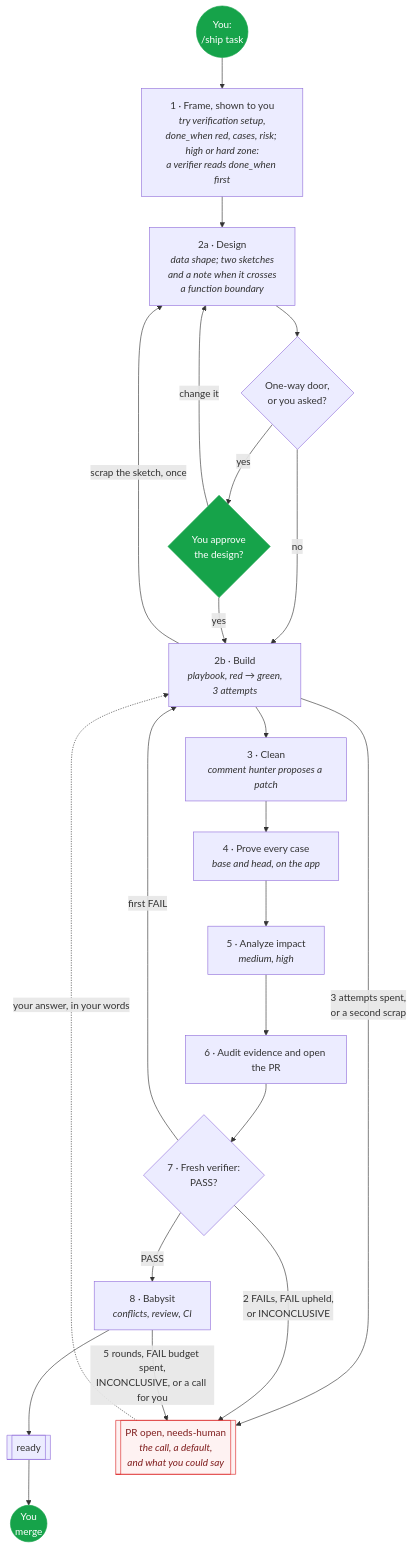
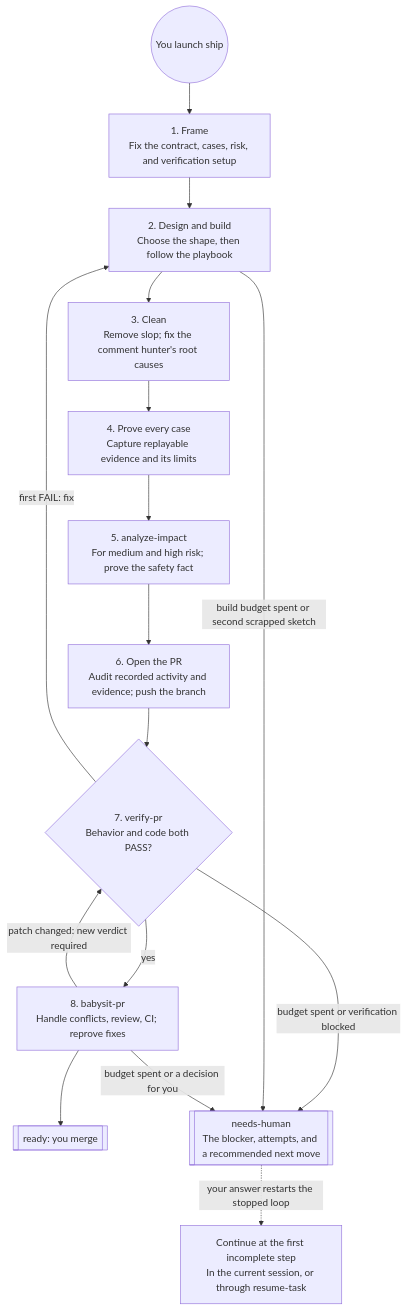
Before and after one commit to Ilian-Allaf/skillstack: the third of 7 diagrams in skills/README.md, drawn with Mermaid. The commit also changed other lines of this file, not shown here.

Commit message:
docs: explain the framework lifecycle, playbooks, and verification

````diff
--- a/skills/README.md
+++ b/skills/README.md
@@ -106,37 +80,24 @@
 ```mermaid
 flowchart TB
-  go(("You:<br/>/ship task"))
-  frame["1 · Frame, shown to you<br/><i>try verification setup,<br/>done_when red, cases, risk; high or hard zone:<br/>a verifier reads done_when first</i>"]
-  design["2a · Design<br/><i>data shape; two sketches<br/>and a note when it crosses<br/>a function boundary</i>"]
-  door{"One-way door,<br/>or you asked?"}
-  shown{"You approve<br/>the design?"}
-  build["2b · Build<br/><i>playbook, red → green,<br/>3 attempts</i>"]
-  clean["3 · Clean<br/><i>comment hunter proposes a patch</i>"]
-  proofs["4 · Prove every case<br/><i>base and head, on the app</i>"]
-  impact["5 · Analyze impact<br/><i>medium, high</i>"]
-  open["6 · Audit evidence and open the PR"]
-  verdict{"7 · Fresh verifier:<br/>PASS?"}
-  babysit["8 · Babysit<br/><i>conflicts, review, CI</i>"]
-  ready[["ready"]]
-  merge(("You<br/>merge"))
-  human[["PR open, needs-human<br/><i>the call, a default,<br/>and what you could say</i>"]]
+  start(("You launch ship"))
+  frame["1. Frame<br/>Fix the contract, cases, risk, and verification setup"]
+  build["2. Design and build<br/>Choose the shape, then follow the playbook"]
+  clean["3. Clean<br/>Remove slop; fix the comment hunter's root causes"]
+  proof["4. Prove every case<br/>Capture replayable evidence and its limits"]
+  impact["5. analyze-impact<br/>For medium and high risk; prove the safety fact"]
+  open["6. Open the PR<br/>Audit recorded activity and evidence; push the branch"]
+  verdict{"7. verify-pr<br/>Behavior and code both PASS?"}
+  babysit["8. babysit-pr<br/>Handle conflicts, review, CI; reprove fixes"]
+  ready[["ready: you merge"]]
+  human[["needs-human<br/>The blocker, attempts, and a recommended next move"]]
+  resume["Continue at the first incomplete step<br/>In the current session, or through resume-task"]
 
-  go --> frame --> design --> door
-  door -->|no| build
-  door -->|yes| shown
-  shown -->|yes| build
-  shown -->|change it| design
-  build -->|scrap the sketch, once| design
-  build --> clean --> proofs --> impact --> open --> verdict
-  build -->|"3 attempts spent,<br/>or a second scrap"| human
-  verdict -->|first FAIL| build
-  verdict -->|PASS| babysit --> ready --> merge
-  verdict -->|"2 FAILs, FAIL upheld,<br/>or INCONCLUSIVE"| human
-  babysit -->|"5 rounds, FAIL budget spent,<br/>INCONCLUSIVE, or a call for you"| human
-  human -.->|your answer, in your words| build
-
-  classDef you fill:#16a34a,stroke:#16a34a,color:#fff
-  classDef stop fill:#fef2f2,stroke:#dc2626,color:#7f1d1d
-  class go,shown,merge you
-  class human stop
+  start --> frame --> build --> clean --> proof --> impact --> open --> verdict
+  verdict -->|yes| babysit --> ready
+  verdict -->|first FAIL: fix| build
+  verdict -->|budget spent or verification blocked| human
+  build -->|build budget spent or second scrapped sketch| human
+  babysit -->|patch changed: new verdict required| verdict
+  babysit -->|budget spent or a decision for you| human
+  human -.->|your answer restarts the stopped loop| resume
 ```
````
